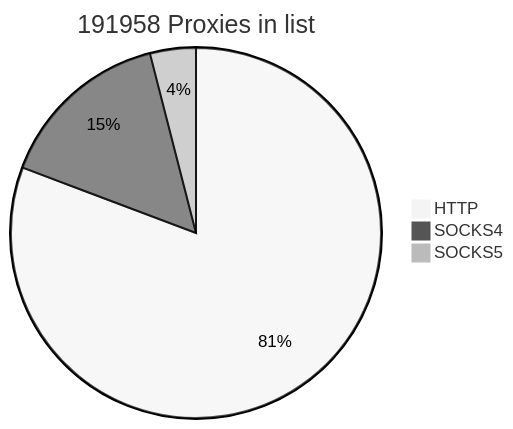
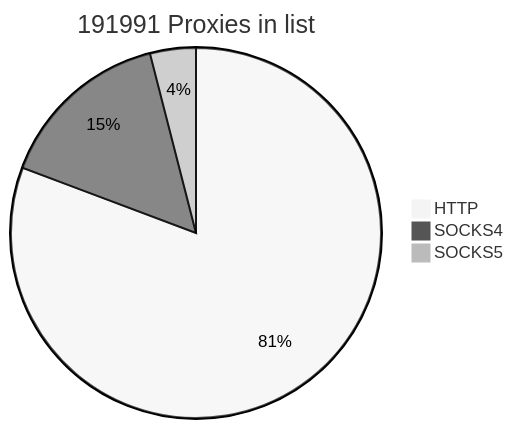
One commit to cutipu/proxylist changed the first of 2 diagrams in README.md. Above: the diagram before and after it, drawn with Mermaid (neutral theme). The commit also changed other lines of this file, not shown here.

````diff
--- a/README.md
+++ b/README.md
@@ -9,7 +9,7 @@
 ```mermaid
-pie title 191958 Proxies in list
+pie title 191991 Proxies in list
     "HTTP" : 154994
-    "SOCKS4" : 29287
-    "SOCKS5" : 7677
+    "SOCKS4" : 29321
+    "SOCKS5" : 7676
             
 ```
````
